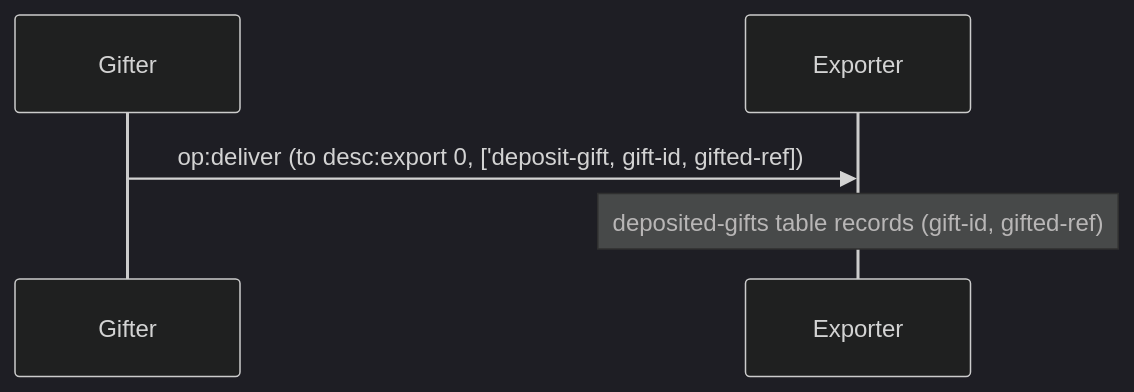
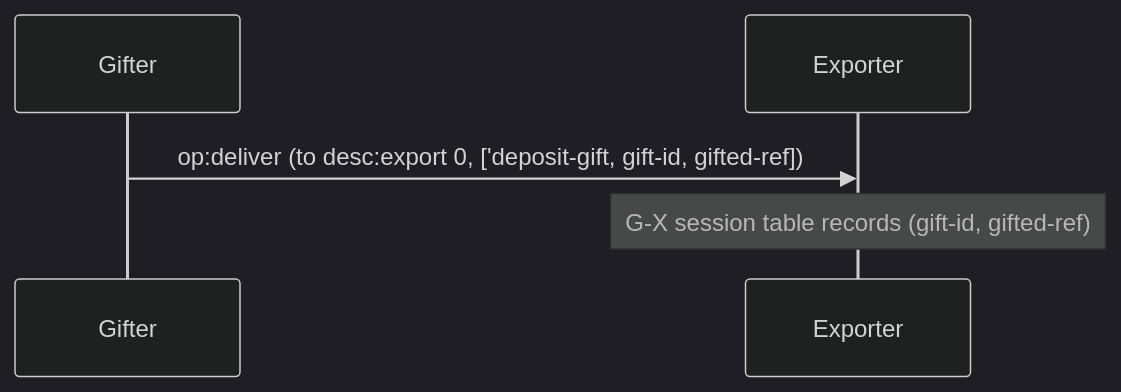
One commit to glowcap-org/glowcap changed the third of 8 diagrams in docs/protocol-diagrams/06-handoffs.md. Above: the diagram before and after it, drawn with Mermaid (dark theme). The commit also changed other lines of this file and 694 other files, not shown here.

````diff
--- a/docs/protocol-diagrams/06-handoffs.md
+++ b/docs/protocol-diagrams/06-handoffs.md
@@ -47,7 +48,7 @@
 ```mermaid
 sequenceDiagram
     participant G as Gifter
     participant X as Exporter
     G->>X: op:deliver (to desc:export 0, ['deposit-gift, gift-id, gifted-ref])
-    Note over X: deposited-gifts table records (gift-id, gifted-ref)
+    Note over X: G-X session table records (gift-id, gifted-ref)
 ```
````
